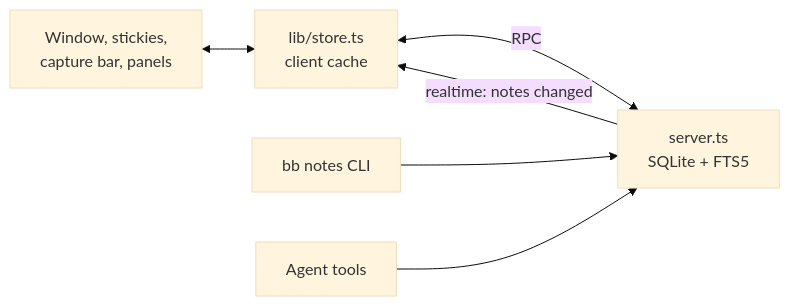
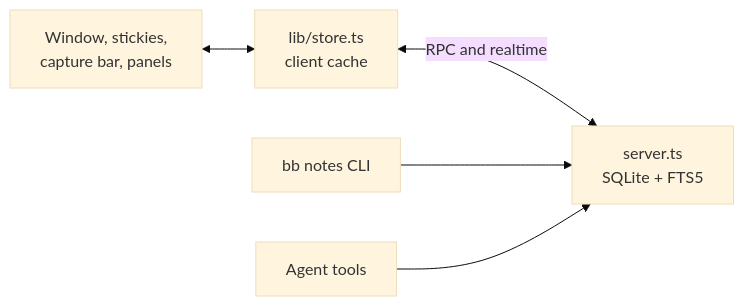
The diagram in README.md (vburojevic/bb-plugin-floating-notes), drawn with Mermaid (base theme) before and after one commit.

Commit message:
README: one labelled edge between the store and the server

````diff
--- a/README.md
+++ b/README.md
@@ -215,8 +215,7 @@
 ```mermaid
 flowchart LR
   ui["Window, stickies,<br>capture bar, panels"] <--> store["lib/store.ts<br>client cache"]
-  store <-->|RPC| server["server.ts<br>SQLite + FTS5"]
+  store <-->|"RPC and realtime"| server["server.ts<br>SQLite + FTS5"]
   cli["bb notes CLI"] --> server
   agents["Agent tools"] --> server
-  server -->|realtime: notes changed| store
 ```
````
